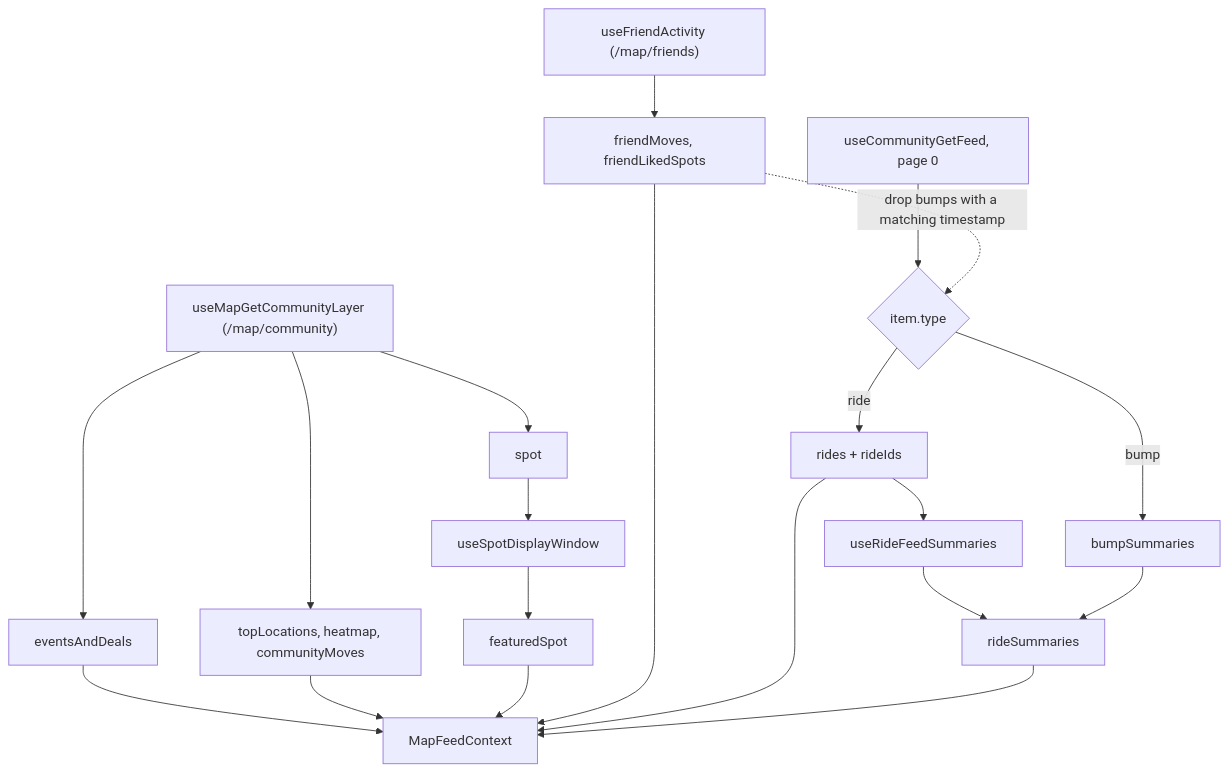
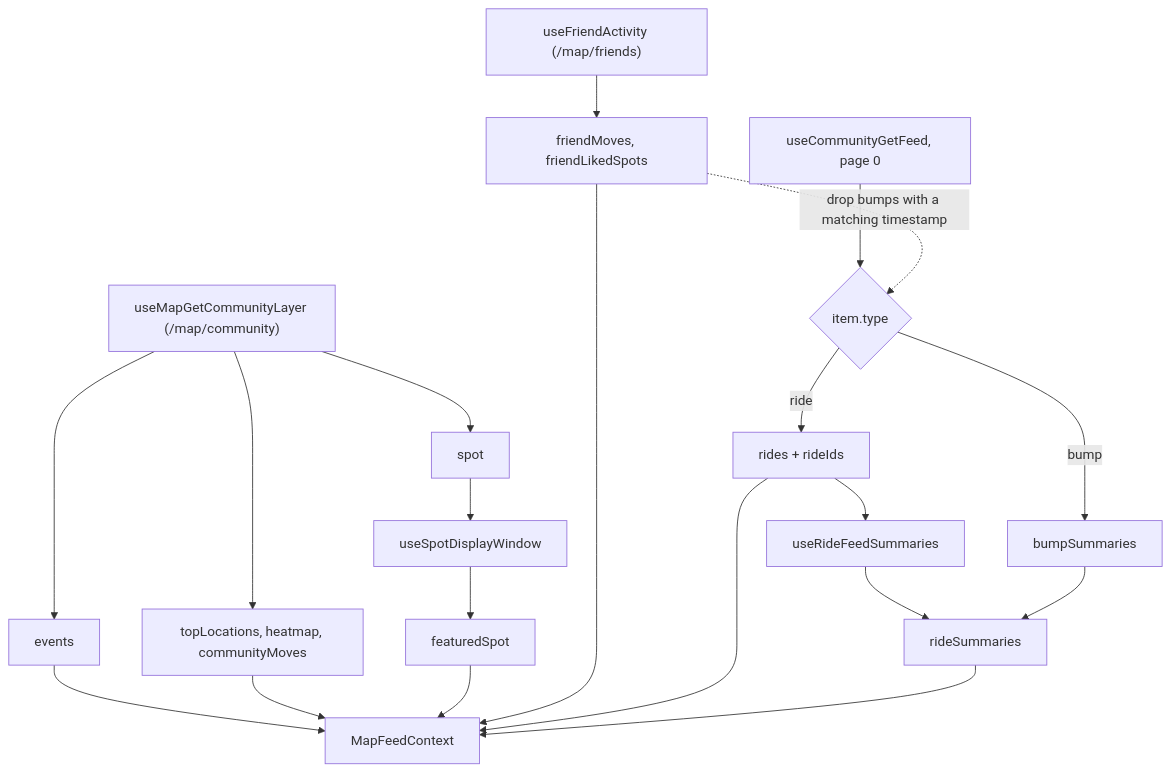
The first of 2 diagrams in engineering/mobile/map-feed.mdx (rideyelo/docs), drawn with Mermaid before and after one commit. The commit also changed other lines of this file and 80 other files, not shown here.

````diff
--- a/engineering/mobile/map-feed.mdx
+++ b/engineering/mobile/map-feed.mdx
@@ -117,22 +116,22 @@
 ```mermaid
 flowchart TD
-  CL["useMapGetCommunityLayer (/map/community)"] --> EV["eventsAndDeals"]
+  CL["useMapGetCommunityLayer (/map/community)"] --> EV["events"]
   CL --> TL["topLocations, heatmap, communityMoves"]
   CL --> SP["spot"]
   SP --> DW["useSpotDisplayWindow"]
   DW --> FS["featuredSpot"]
   FR["useFriendActivity (/map/friends)"] --> FM["friendMoves, friendLikedSpots"]
   CF["useCommunityGetFeed, page 0"] --> SPLIT{"item.type"}
   SPLIT -- "ride" --> IDS["rides + rideIds"]
   SPLIT -- "bump" --> BS["bumpSummaries"]
   FM -. "drop bumps with a matching timestamp" .-> SPLIT
   IDS --> RS["useRideFeedSummaries"]
   RS --> SUM["rideSummaries"]
   BS --> SUM
   EV --> CTX["MapFeedContext"]
   TL --> CTX
   FS --> CTX
   FM --> CTX
   IDS --> CTX
   SUM --> CTX
 ```
````
